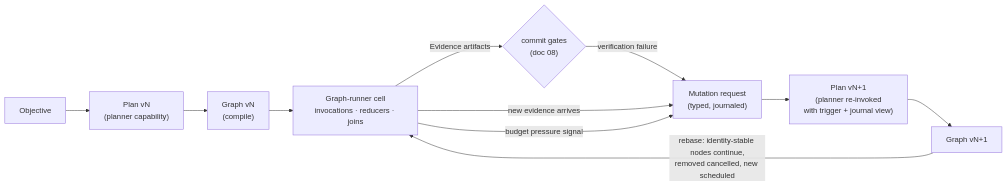
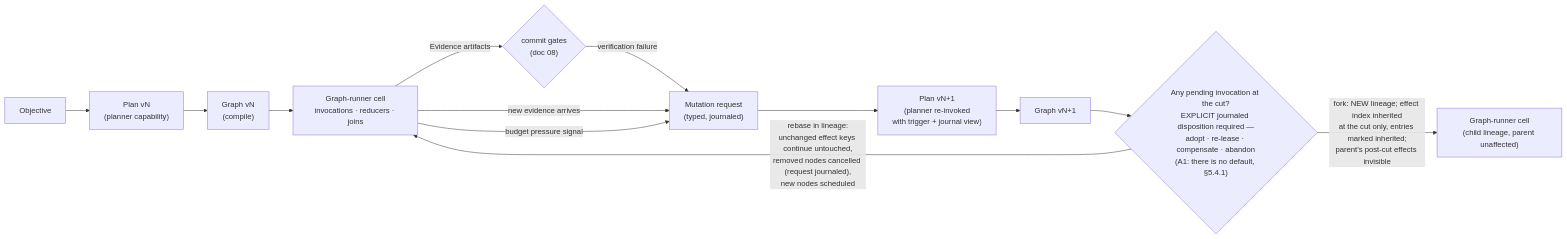
Before and after one commit to jeetu619/kyxo-runtime: the second of 2 diagrams in docs/10-HARNESS-AND-GRAPH-RUNTIME.md, drawn with Mermaid. The commit also changed other lines of this file and 7 other files, not shown here.

````diff
--- a/docs/10-HARNESS-AND-GRAPH-RUNTIME.md
+++ b/docs/10-HARNESS-AND-GRAPH-RUNTIME.md
@@ -659,13 +811,15 @@
 ```mermaid
 flowchart LR
   O[Objective] --> P["Plan vN\n(planner capability)"]
   P --> G["Graph vN\n(compile)"]
   G --> X["Graph-runner cell\ninvocations · reducers · joins"]
   X -- "Evidence artifacts" --> V{"commit gates\n(doc 08)"}
   V -- "verification failure" --> M
   X -- "new evidence arrives" --> M
   X -- "budget pressure signal" --> M
   M["Mutation request\n(typed, journaled)"] --> P2["Plan vN+1\n(planner re-invoked\nwith trigger + journal view)"]
   P2 --> G2["Graph vN+1"]
-  G2 -- "rebase: identity-stable nodes continue,\nremoved cancelled, new scheduled" --> X
+  G2 --> D{"Any pending invocation at the cut?\nEXPLICIT journaled disposition required —\nadopt · re-lease · compensate · abandon\n(A1: there is no default, §5.4.1)"}
+  D -- "rebase in lineage:\nunchanged effect keys continue untouched,\nremoved nodes cancelled (request journaled),\nnew nodes scheduled" --> X
+  D -- "fork: NEW lineage; effect index inherited\nat the cut only, entries marked inherited;\nparent's post-cut effects invisible" --> X2["Graph-runner cell\n(child lineage, parent unaffected)"]
 ```
````
